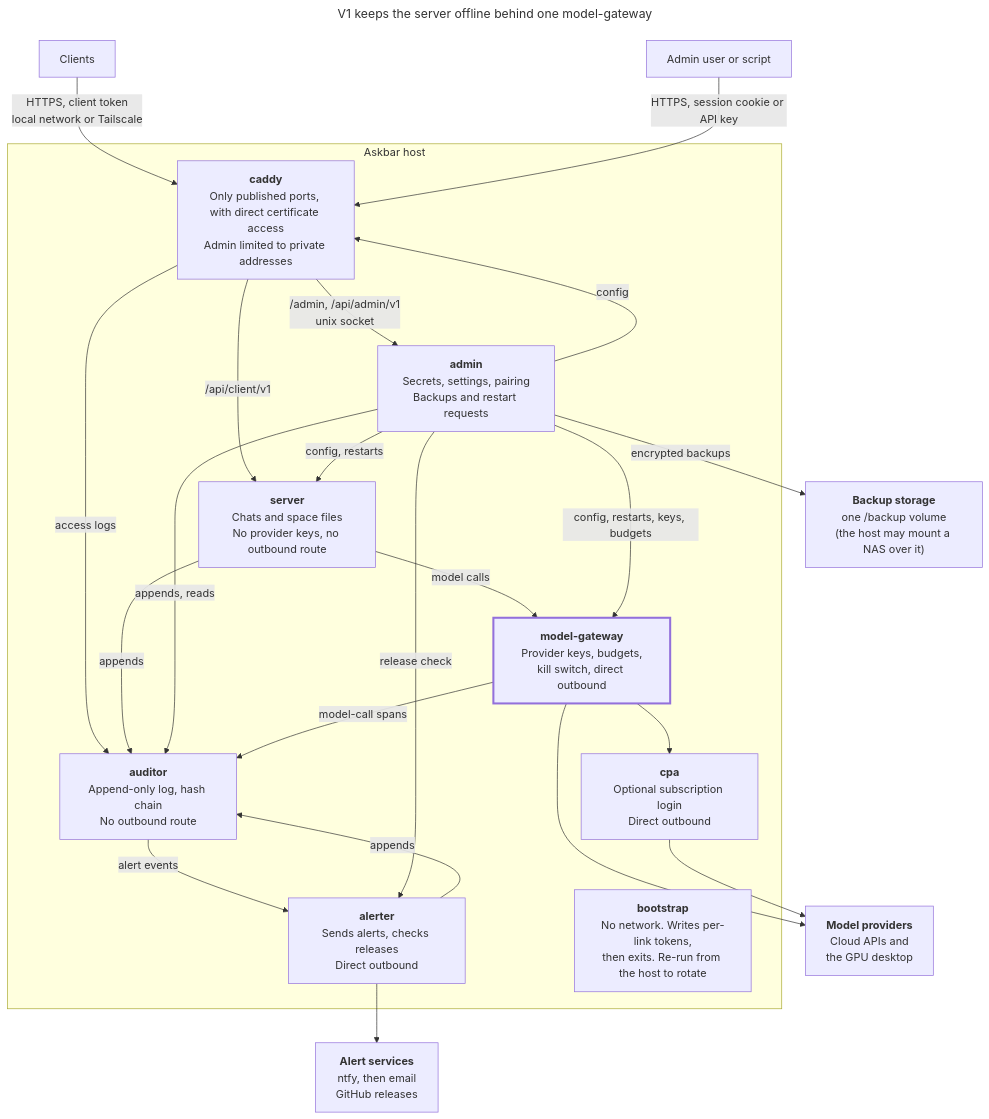
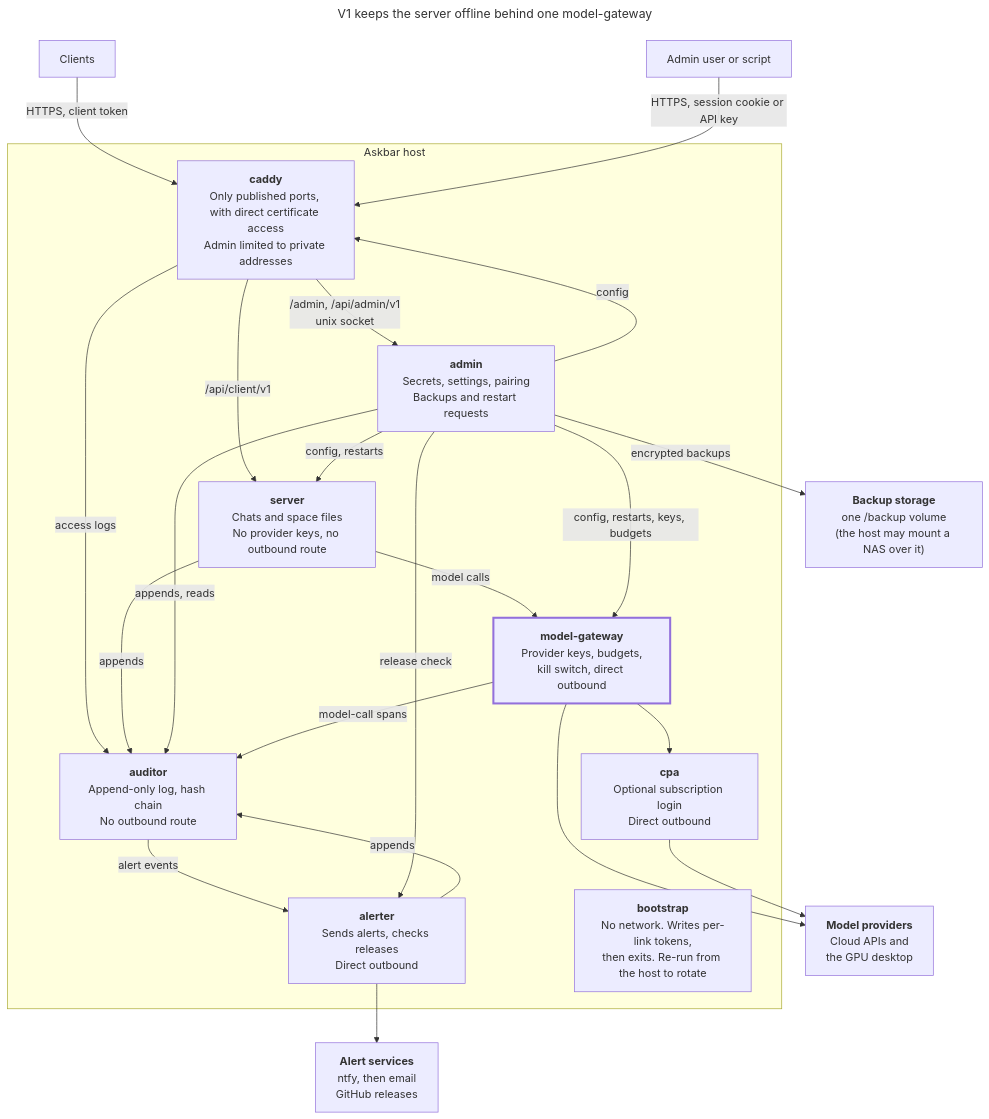
One commit to Thewuuryar/askbar changed the diagram in docs/guide.md. Above: the diagram before and after it, drawn with Mermaid. The commit also changed other lines of this file and 55 other files, not shown here.

````diff
--- a/docs/guide.md
+++ b/docs/guide.md
@@ -31,47 +31,47 @@
 ```mermaid
 ---
 title: V1 keeps the server offline behind one model-gateway
 ---
 flowchart TB
     clients["Clients"]
     adminUser["Admin user or script"]
 
     subgraph host["Askbar host"]
         caddy["<b>caddy</b><br/>Only published ports, with direct certificate access<br/>Admin limited to private addresses"]
         server["<b>server</b><br/>Chats and space files<br/>No provider keys, no outbound route"]
         auditor["<b>auditor</b><br/>Append-only log, hash chain<br/>No outbound route"]
         admin["<b>admin</b><br/>Secrets, settings, pairing<br/>Backups and restart requests"]
         modelGateway["<b>model-gateway</b><br/>Provider keys, budgets,<br/>kill switch, direct outbound"]
         cpa["<b>cpa</b><br/>Optional subscription login<br/>Direct outbound"]
         alerter["<b>alerter</b><br/>Sends alerts, checks releases<br/>Direct outbound"]
         bootstrap["<b>bootstrap</b><br/>No network. Writes per-link tokens,<br/>then exits. Re-run from the host to rotate"]
     end
 
     providers["<b>Model providers</b><br/>Cloud APIs and<br/>the GPU desktop"]
     alerts["<b>Alert services</b><br/>ntfy, then email<br/>GitHub releases"]
     backup["<b>Backup storage</b><br/>one /backup volume<br/>(the host may mount a NAS over it)"]
 
-    clients -->|"HTTPS, client token<br/>local network or Tailscale"| caddy
+    clients -->|"HTTPS, client token"| caddy
     adminUser -->|"HTTPS, session cookie or API key"| caddy
     caddy -->|"/api/client/v1"| server
     caddy -->|"/admin, /api/admin/v1<br/>unix socket"| admin
     admin -->|"config"| caddy
     caddy -->|"access logs"| auditor
     server -->|"appends"| auditor
     admin -->|"appends, reads"| auditor
     modelGateway -->|"model-call spans"| auditor
     alerter -->|"appends"| auditor
     server -->|"model calls"| modelGateway
     admin -->|"config, restarts"| server
     admin -->|"config, restarts, keys, budgets"| modelGateway
     modelGateway --> cpa
     modelGateway --> providers
     cpa --> providers
     auditor -->|"alert events"| alerter
     admin -->|"release check"| alerter
     alerter --> alerts
     admin -->|"encrypted backups"| backup
 
     classDef key stroke-width:3px
     class modelGateway key
 ```
````
